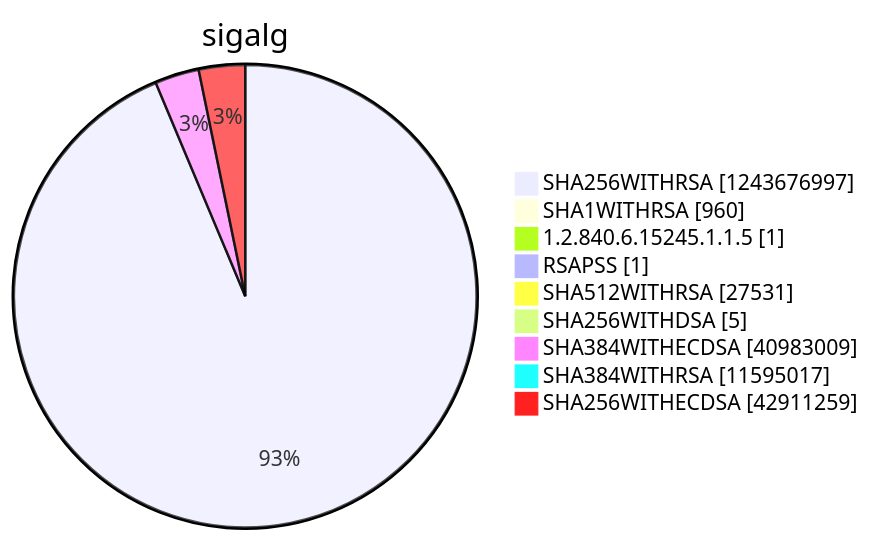
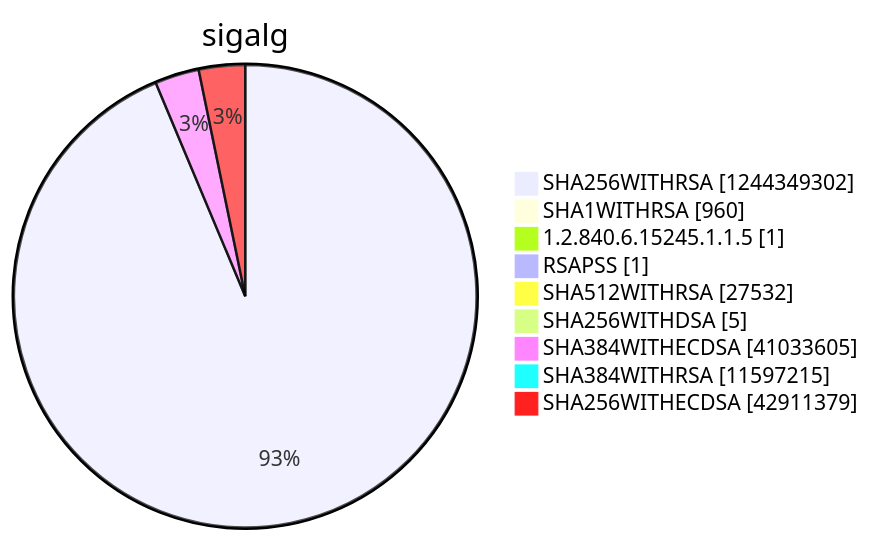
One commit to christiankrug/ctmonitor_visualization changed diagram 15 of 15 in argon2022/README.md. Above: the diagram before and after it, drawn with Mermaid. The commit also changed other lines of this file, not shown here.

````diff
--- a/argon2022/README.md
+++ b/argon2022/README.md
@@ -5522,13 +5522,13 @@
 ```mermaid
 pie showData
 title sigalg
-"SHA256WITHRSA" :1243676997
+"SHA256WITHRSA" :1244349302
 "SHA1WITHRSA" :960
 "1.2.840.6.15245.1.1.5" :1
 "RSAPSS" :1
-"SHA512WITHRSA" :27531
+"SHA512WITHRSA" :27532
 "SHA256WITHDSA" :5
-"SHA384WITHECDSA" :40983009
-"SHA384WITHRSA" :11595017
-"SHA256WITHECDSA" :42911259
+"SHA384WITHECDSA" :41033605
+"SHA384WITHRSA" :11597215
+"SHA256WITHECDSA" :42911379
 ```
````
